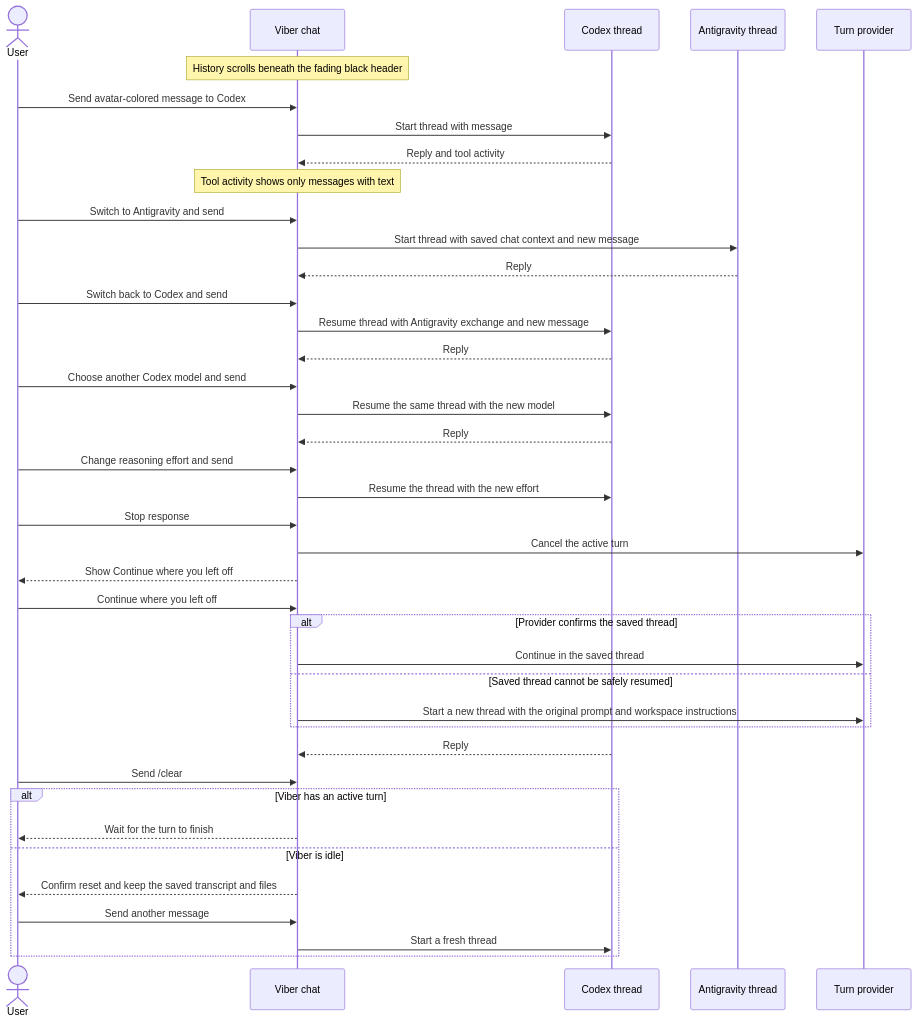
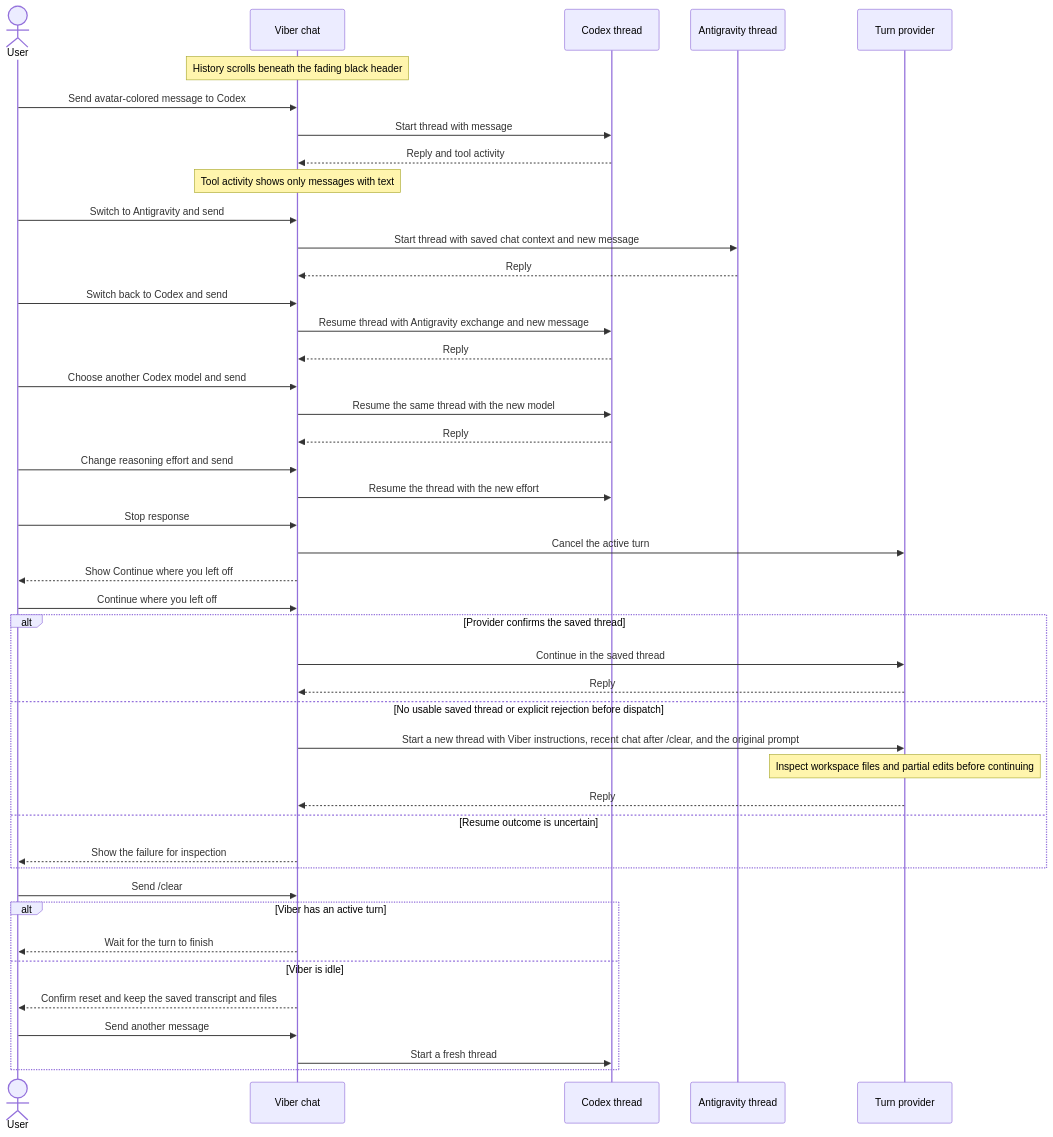
One commit to akshajrawat/akkco-vibestar changed the diagram in FEATUREMAP.md. Above: the diagram before and after it, drawn with Mermaid. The commit also changed 8 other files, not shown here.

Commit message:
Preserve Viber context when continuing in a fresh thread

````diff
--- a/FEATUREMAP.md
+++ b/FEATUREMAP.md
@@ -1,43 +1,47 @@
 ```mermaid
 sequenceDiagram
     actor User
     participant Chat as Viber chat
     participant Codex as Codex thread
     participant AGY as Antigravity thread
 
     participant Provider as Turn provider
     Note over Chat: History scrolls beneath the fading black header
     User->>Chat: Send avatar-colored message to Codex
     Chat->>Codex: Start thread with message
     Codex-->>Chat: Reply and tool activity
     Note over Chat: Tool activity shows only messages with text
     User->>Chat: Switch to Antigravity and send
     Chat->>AGY: Start thread with saved chat context and new message
     AGY-->>Chat: Reply
     User->>Chat: Switch back to Codex and send
     Chat->>Codex: Resume thread with Antigravity exchange and new message
     Codex-->>Chat: Reply
     User->>Chat: Choose another Codex model and send
     Chat->>Codex: Resume the same thread with the new model
     Codex-->>Chat: Reply
     User->>Chat: Change reasoning effort and send
     Chat->>Codex: Resume the thread with the new effort
     User->>Chat: Stop response
     Chat->>Provider: Cancel the active turn
     Chat-->>User: Show Continue where you left off
     User->>Chat: Continue where you left off
     alt Provider confirms the saved thread
         Chat->>Provider: Continue in the saved thread
-    else Saved thread cannot be safely resumed
-        Chat->>Provider: Start a new thread with the original prompt and workspace instructions
+        Provider-->>Chat: Reply
+    else No usable saved thread or explicit rejection before dispatch
+        Chat->>Provider: Start a new thread with Viber instructions, recent chat after /clear, and the original prompt
+        Note over Provider: Inspect workspace files and partial edits before continuing
+        Provider-->>Chat: Reply
+    else Resume outcome is uncertain
+        Chat-->>User: Show the failure for inspection
     end
-    Codex-->>Chat: Reply
     User->>Chat: Send /clear
     alt Viber has an active turn
         Chat-->>User: Wait for the turn to finish
     else Viber is idle
         Chat-->>User: Confirm reset and keep the saved transcript and files
         User->>Chat: Send another message
         Chat->>Codex: Start a fresh thread
     end
 ```
````
